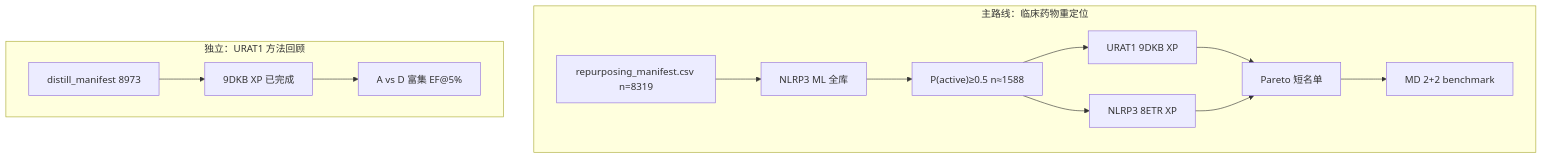
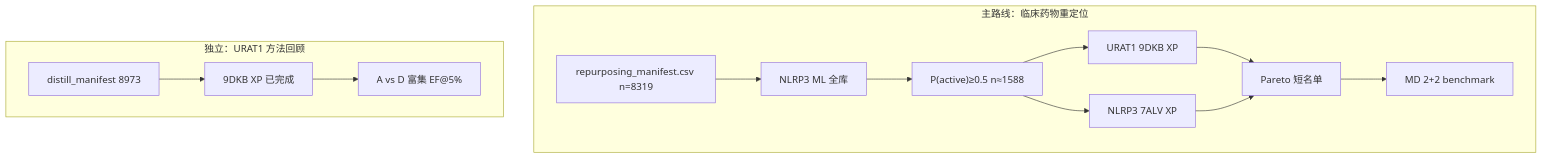
Before and after one commit to 1280602962-debug/gwj260531: the diagram in URAT1_NLRP3_DualTarget_AIDD_Project/docs/WORKFLOW_CURRENT.md, drawn with Mermaid. The commit also changed other lines of this file and 32 other files, not shown here.

````diff
--- a/URAT1_NLRP3_DualTarget_AIDD_Project/docs/WORKFLOW_CURRENT.md
+++ b/URAT1_NLRP3_DualTarget_AIDD_Project/docs/WORKFLOW_CURRENT.md
@@ -11,24 +11,24 @@
 ```mermaid
 flowchart TB
   subgraph MAIN [主路线：临床药物重定位]
     M1[repurposing_manifest.csv n=8319]
     M2[NLRP3 ML 全库]
     M3["P(active)≥0.5 n≈1588"]
     M4[URAT1 9DKB XP]
-    M5[NLRP3 8ETR XP]
+    M5[NLRP3 7ALV XP]
     M6[Pareto 短名单]
     M7[MD 2+2 benchmark]
     M1 --> M2 --> M3 --> M4
     M3 --> M5
     M4 --> M6
     M5 --> M6
     M6 --> M7
   end
 
   subgraph RETRO [独立：URAT1 方法回顾]
     R1[distill_manifest 8973]
     R2[9DKB XP 已完成]
     R3[A vs D 富集 EF@5%]
     R1 --> R2 --> R3
   end
 ```
````
